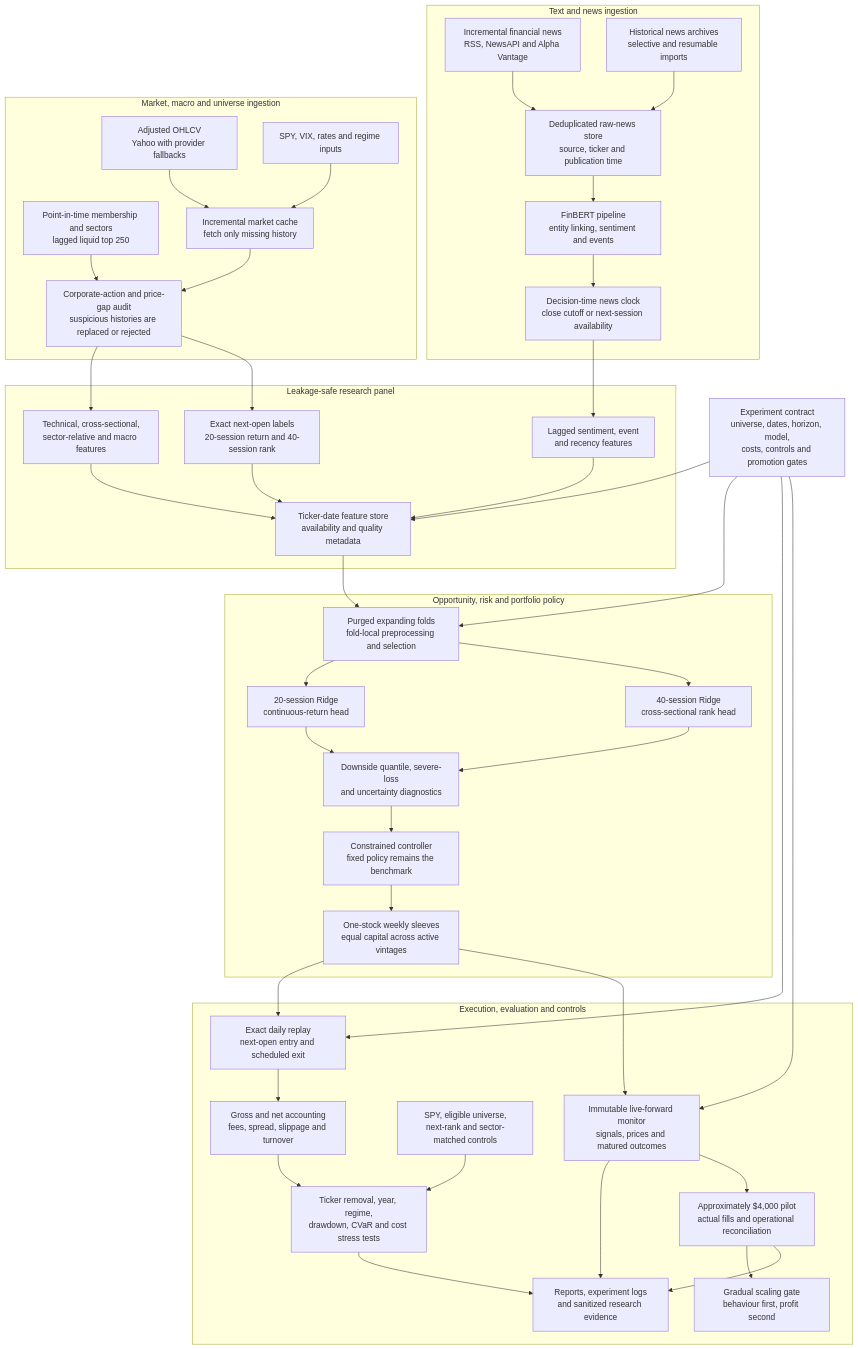
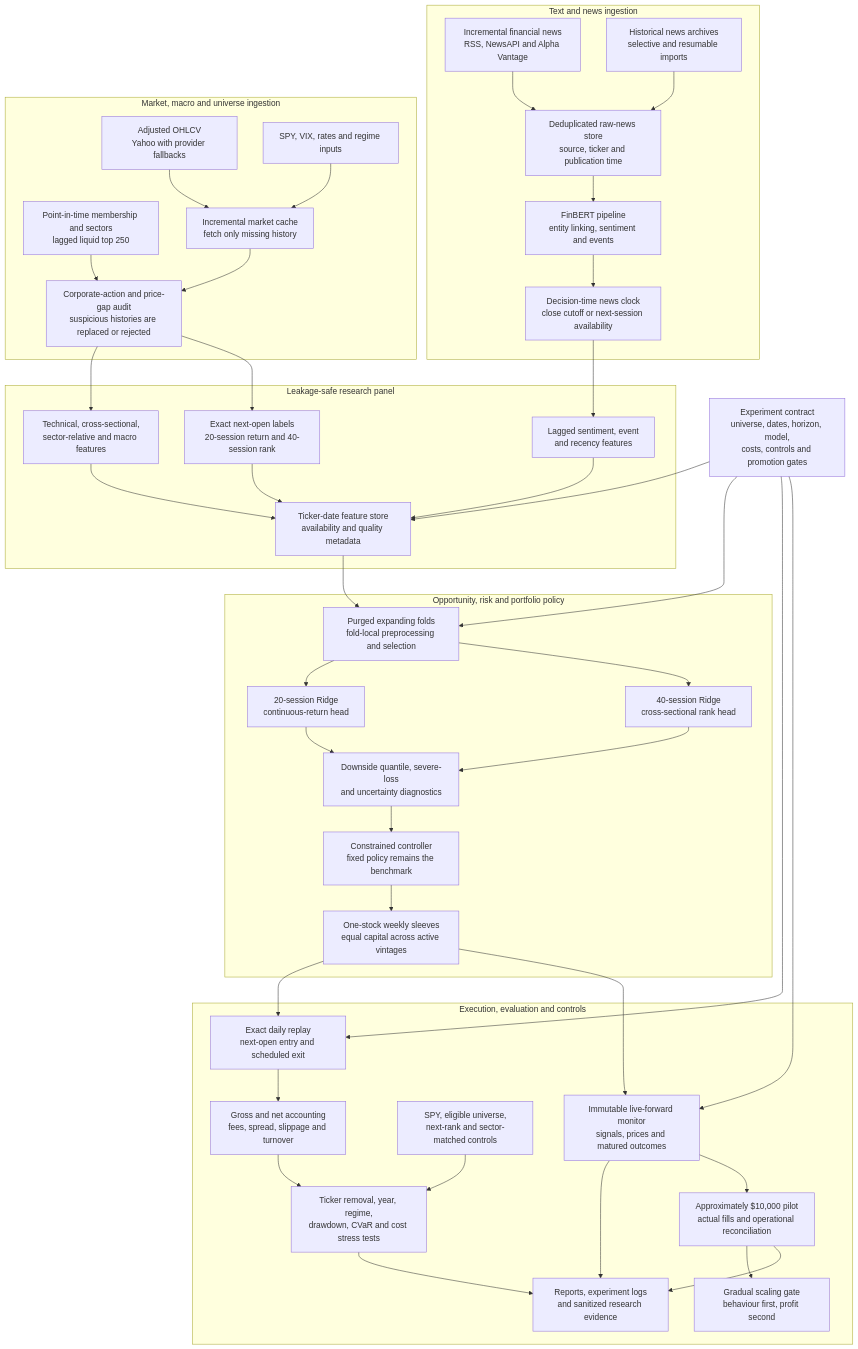
The first of 2 diagrams in README.md (HanSun103/AI-Driven-Portfolio-Research-Showcase), drawn with Mermaid before and after one commit. The commit also changed other lines of this file and 1 other file, not shown here.

Commit message:
docs: align pilot capital at $10,000

````diff
--- a/README.md
+++ b/README.md
@@ -96,75 +96,75 @@
 ```mermaid
 flowchart TD
     CONTRACT["Experiment contract<br/>universe, dates, horizon, model,<br/>costs, controls and promotion gates"]
 
     subgraph TEXT["Text and news ingestion"]
         LIVE_NEWS["Incremental financial news<br/>RSS, NewsAPI and Alpha Vantage"]
         HISTORY_NEWS["Historical news archives<br/>selective and resumable imports"]
         RAW_NEWS["Deduplicated raw-news store<br/>source, ticker and publication time"]
         NLP["FinBERT pipeline<br/>entity linking, sentiment and events"]
         CLOCK["Decision-time news clock<br/>close cutoff or next-session availability"]
 
         LIVE_NEWS --> RAW_NEWS
         HISTORY_NEWS --> RAW_NEWS
         RAW_NEWS --> NLP --> CLOCK
     end
 
     subgraph MARKET["Market, macro and universe ingestion"]
         PRICES["Adjusted OHLCV<br/>Yahoo with provider fallbacks"]
         MACRO["SPY, VIX, rates and regime inputs"]
         MEMBERS["Point-in-time membership and sectors<br/>lagged liquid top 250"]
         CACHE["Incremental market cache<br/>fetch only missing history"]
         PRICE_AUDIT["Corporate-action and price-gap audit<br/>suspicious histories are replaced or rejected"]
 
         PRICES --> CACHE --> PRICE_AUDIT
         MACRO --> CACHE
         MEMBERS --> PRICE_AUDIT
     end
 
     subgraph FEATURES["Leakage-safe research panel"]
         QUANT["Technical, cross-sectional,<br/>sector-relative and macro features"]
         SENTIMENT["Lagged sentiment, event<br/>and recency features"]
         LABELS["Exact next-open labels<br/>20-session return and 40-session rank"]
         STORE["Ticker-date feature store<br/>availability and quality metadata"]
 
         PRICE_AUDIT --> QUANT --> STORE
         CLOCK --> SENTIMENT --> STORE
         PRICE_AUDIT --> LABELS --> STORE
     end
 
     subgraph MODELS["Opportunity, risk and portfolio policy"]
         TEMPORAL["Purged expanding folds<br/>fold-local preprocessing and selection"]
         RIDGE20["20-session Ridge<br/>continuous-return head"]
         RIDGE40["40-session Ridge<br/>cross-sectional rank head"]
         RISK["Downside quantile, severe-loss<br/>and uncertainty diagnostics"]
         CONTROLLER["Constrained controller<br/>fixed policy remains the benchmark"]
         SLEEVES["One-stock weekly sleeves<br/>equal capital across active vintages"]
 
         STORE --> TEMPORAL
         TEMPORAL --> RIDGE20 --> RISK
         TEMPORAL --> RIDGE40 --> RISK
         RISK --> CONTROLLER --> SLEEVES
     end
 
     subgraph EVALUATION["Execution, evaluation and controls"]
         REPLAY["Exact daily replay<br/>next-open entry and scheduled exit"]
         COSTS["Gross and net accounting<br/>fees, spread, slippage and turnover"]
         CONTROLS["SPY, eligible universe,<br/>next-rank and sector-matched controls"]
         STRESS["Ticker removal, year, regime,<br/>drawdown, CVaR and cost stress tests"]
         LIVE_MONITOR["Immutable live-forward monitor<br/>signals, prices and matured outcomes"]
-        PILOT["Approximately $4,000 pilot<br/>actual fills and operational reconciliation"]
+        PILOT["Approximately $10,000 pilot<br/>actual fills and operational reconciliation"]
         SCALE["Gradual scaling gate<br/>behaviour first, profit second"]
         OUTPUT["Reports, experiment logs<br/>and sanitized research evidence"]
 
         SLEEVES --> REPLAY --> COSTS --> STRESS --> OUTPUT
         CONTROLS --> STRESS
         SLEEVES --> LIVE_MONITOR --> OUTPUT
         LIVE_MONITOR --> PILOT --> SCALE
         PILOT --> OUTPUT
     end
 
     CONTRACT --> STORE
     CONTRACT --> TEMPORAL
     CONTRACT --> REPLAY
     CONTRACT --> LIVE_MONITOR
 ```
````
